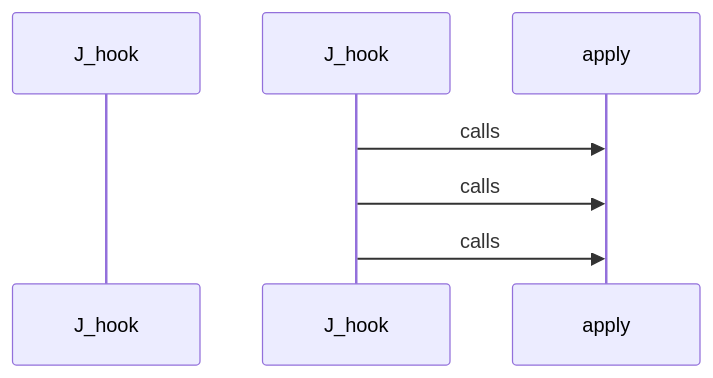
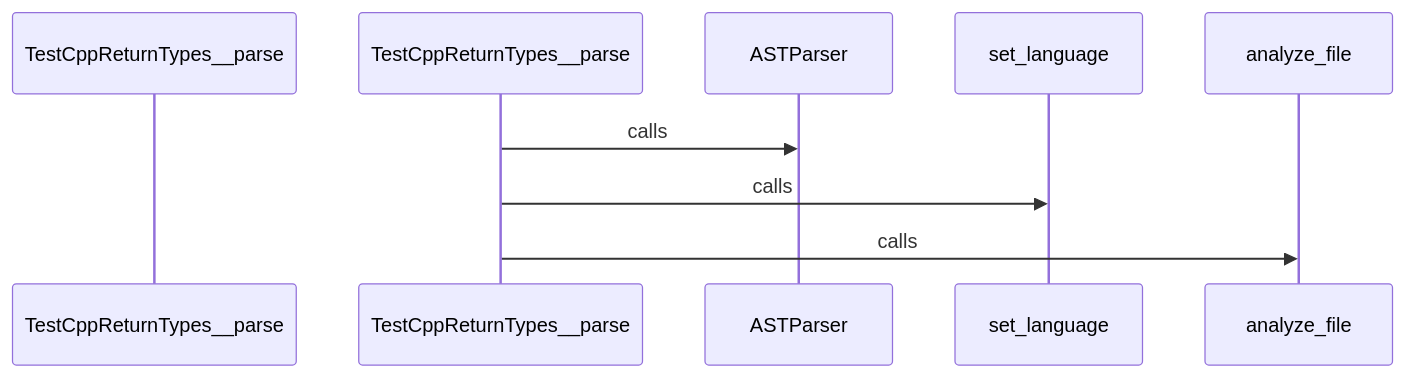
Diagram 22 of 27 in docs/CALL_FLOW.md (hazalkoom/DECODEx01), drawn with Mermaid before and after one commit. The commit also changed other lines of this file and 8 other files, not shown here.

````diff
--- a/docs/CALL_FLOW.md
+++ b/docs/CALL_FLOW.md
@@ -789,17 +887,17 @@
 ```mermaid
 sequenceDiagram
-    participant Start as J_hook
+    participant Start as TestCppReturnTypes__parse
 
 
-    J_hook->>apply: calls
+    TestCppReturnTypes__parse->>ASTParser: calls
 
 
 
-    J_hook->>apply: calls
+    TestCppReturnTypes__parse->>set_language: calls
 
 
 
-    J_hook->>apply: calls
+    TestCppReturnTypes__parse->>analyze_file: calls
 
 
 ```
````
